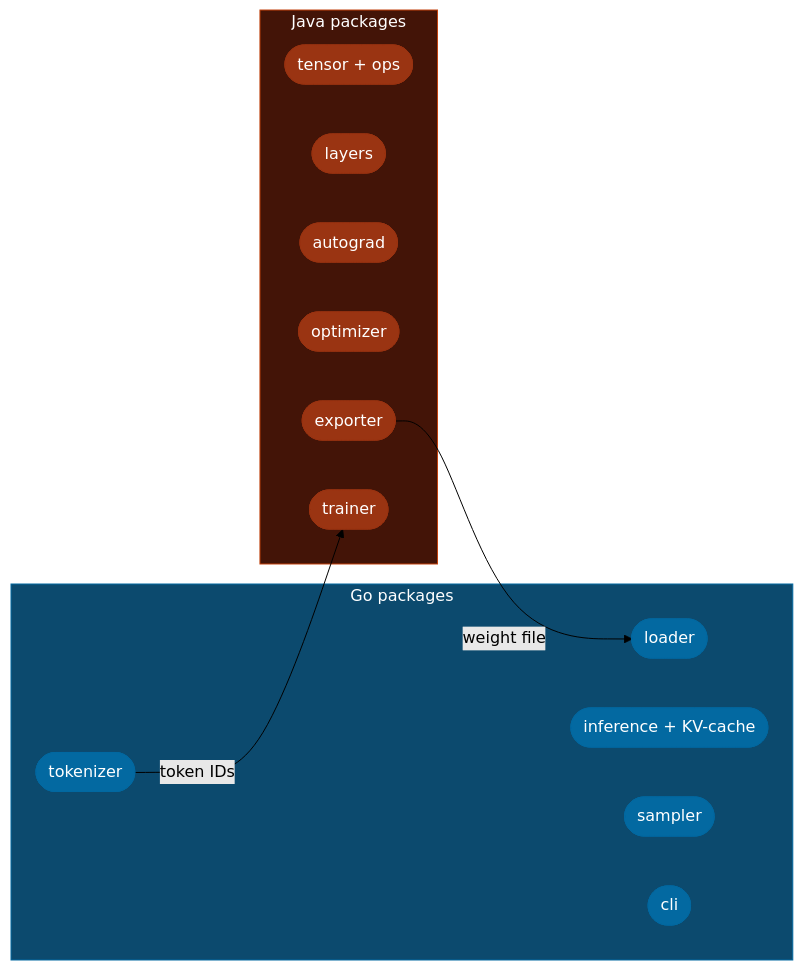
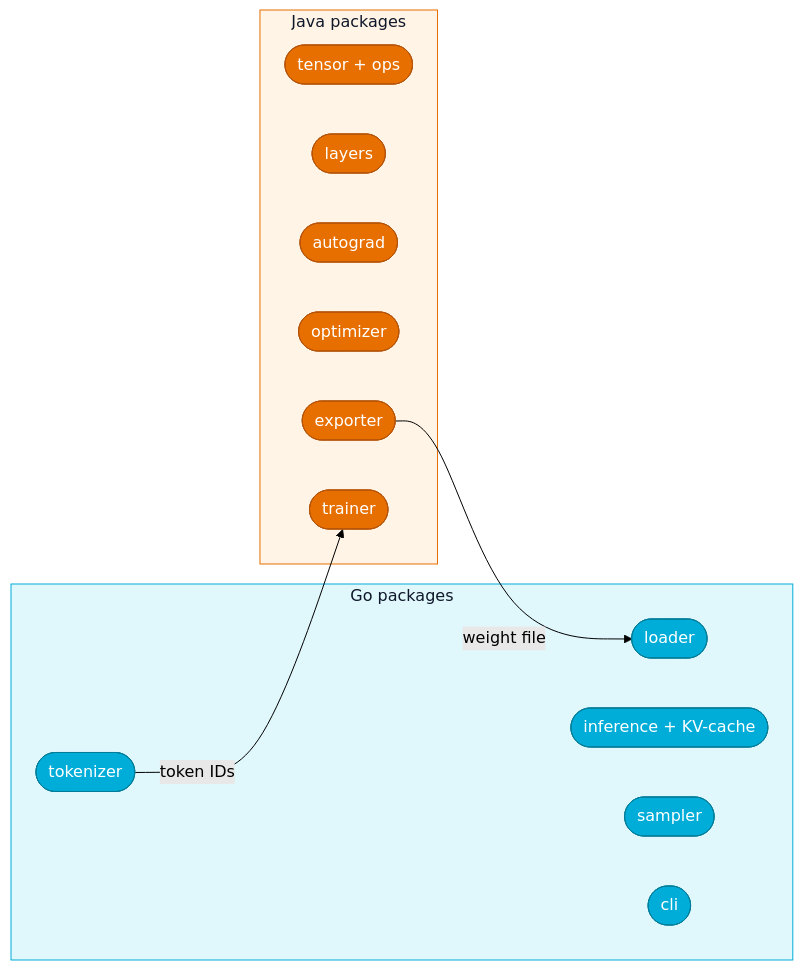
Before and after one commit to nkosikhumalo/LLM: the fourth of 4 diagrams in README.md, drawn with Mermaid (forest theme). The commit also changed other lines of this file, not shown here.

````diff
--- a/README.md
+++ b/README.md
@@ -187,36 +187,36 @@
 ```mermaid
 flowchart LR
     subgraph GO ["Go packages"]
-        G1([tokenizer]) 
+        G1([tokenizer])
         G2([loader])
         G3([inference + KV-cache])
         G4([sampler])
         G5([cli])
     end
 
     subgraph JAVA ["Java packages"]
         J1([tensor + ops])
         J2([layers])
         J3([autograd])
         J4([optimizer])
         J5([exporter])
         J6([trainer])
     end
 
     G1 -->|token IDs| J6
     J5 -->|weight file| G2
 
-    style GO fill:#0c4a6e,color:#fff,stroke:#0369a1
-    style JAVA fill:#431407,color:#fff,stroke:#c2410c
-    style G1 fill:#0369a1,color:#fff,stroke:#0369a1
-    style G2 fill:#0369a1,color:#fff,stroke:#0369a1
-    style G3 fill:#0369a1,color:#fff,stroke:#0369a1
-    style G4 fill:#0369a1,color:#fff,stroke:#0369a1
-    style G5 fill:#0369a1,color:#fff,stroke:#0369a1
-    style J1 fill:#9a3412,color:#fff,stroke:#9a3412
-    style J2 fill:#9a3412,color:#fff,stroke:#9a3412
-    style J3 fill:#9a3412,color:#fff,stroke:#9a3412
-    style J4 fill:#9a3412,color:#fff,stroke:#9a3412
-    style J5 fill:#9a3412,color:#fff,stroke:#9a3412
-    style J6 fill:#9a3412,color:#fff,stroke:#9a3412
+    style GO fill:#e0f7fc,stroke:#00ADD8,color:#0f172a
+    style JAVA fill:#fff4e5,stroke:#E76F00,color:#0f172a
+    style G1 fill:#00ADD8,color:#ffffff,stroke:#007d99
+    style G2 fill:#00ADD8,color:#ffffff,stroke:#007d99
+    style G3 fill:#00ADD8,color:#ffffff,stroke:#007d99
+    style G4 fill:#00ADD8,color:#ffffff,stroke:#007d99
+    style G5 fill:#00ADD8,color:#ffffff,stroke:#007d99
+    style J1 fill:#E76F00,color:#ffffff,stroke:#b45309
+    style J2 fill:#E76F00,color:#ffffff,stroke:#b45309
+    style J3 fill:#E76F00,color:#ffffff,stroke:#b45309
+    style J4 fill:#E76F00,color:#ffffff,stroke:#b45309
+    style J5 fill:#E76F00,color:#ffffff,stroke:#b45309
+    style J6 fill:#E76F00,color:#ffffff,stroke:#b45309
 ```
````
